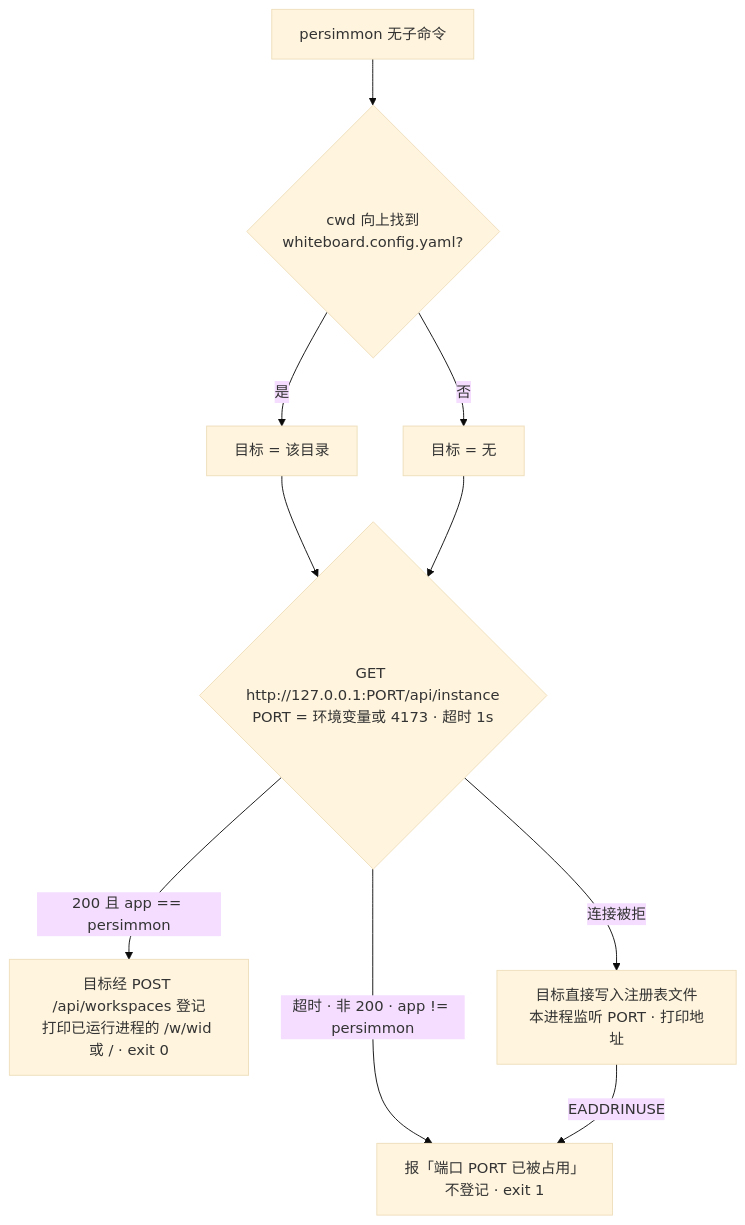
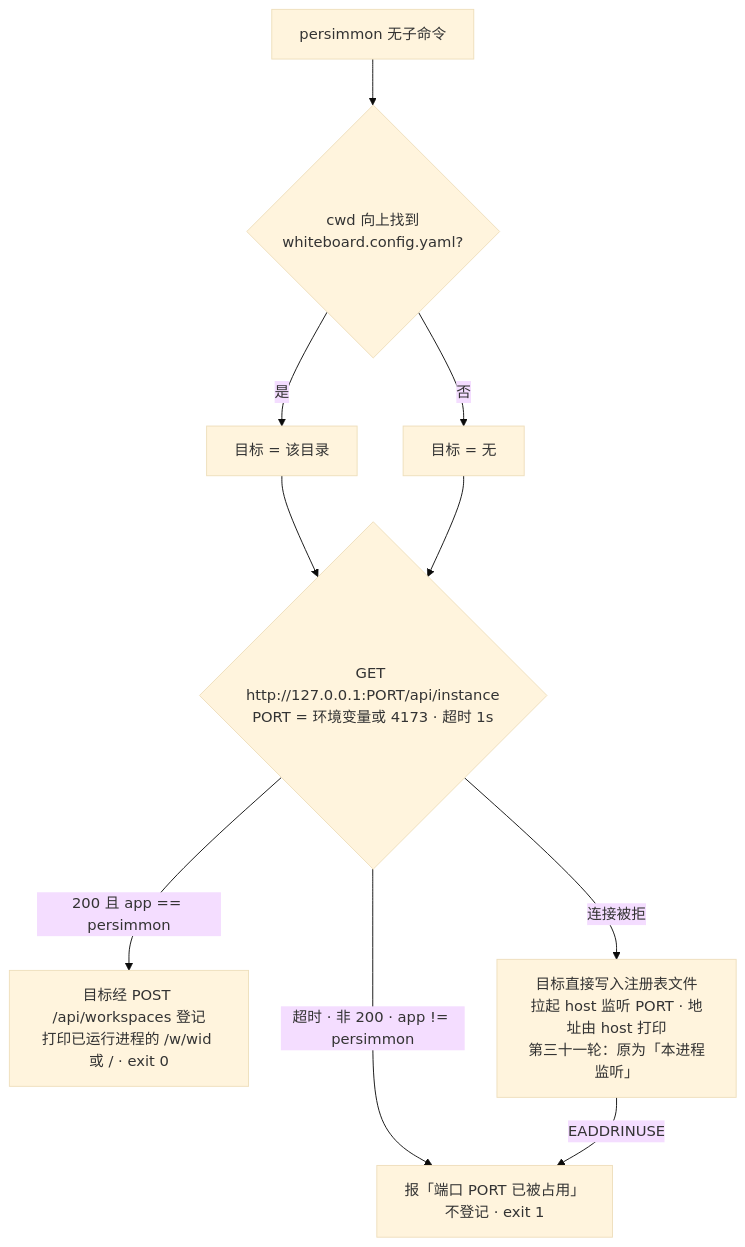
Before and after one commit to ryan-alexander-zhang/persimmon: the fifth of 6 diagrams in docs/design/design-00003-multi-workspace.md, drawn with Mermaid (base theme). The commit also changed other lines of this file and 7 other files, not shown here.

````diff
--- a/docs/design/design-00003-multi-workspace.md
+++ b/docs/design/design-00003-multi-workspace.md
@@ -332,12 +343,12 @@
 ```mermaid
 flowchart TD
   S[persimmon 无子命令] --> R{cwd 向上找到<br/>whiteboard.config.yaml?}
   R -->|是| WID[目标 = 该目录]
   R -->|否| NOWID[目标 = 无]
   WID --> P
   NOWID --> P{GET http://127.0.0.1:PORT/api/instance<br/>PORT = 环境变量或 4173 · 超时 1s}
   P -->|200 且 app == persimmon| VIA[目标经 POST /api/workspaces 登记<br/>打印已运行进程的 /w/wid 或 / · exit 0]
-  P -->|连接被拒| LISTEN[目标直接写入注册表文件<br/>本进程监听 PORT · 打印地址]
+  P -->|连接被拒| LISTEN[目标直接写入注册表文件<br/>拉起 host 监听 PORT · 地址由 host 打印<br/>第三十一轮：原为「本进程监听」]
   P -->|超时 · 非 200 · app != persimmon| ERR[报「端口 PORT 已被占用」<br/>不登记 · exit 1]
   LISTEN -->|EADDRINUSE| ERR
 ```
````
